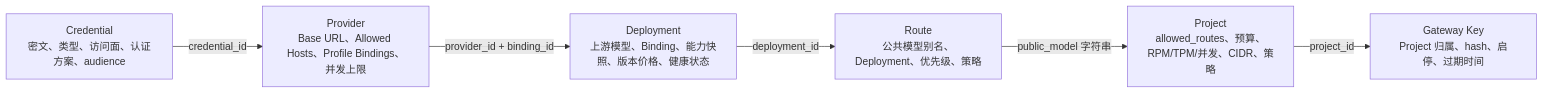
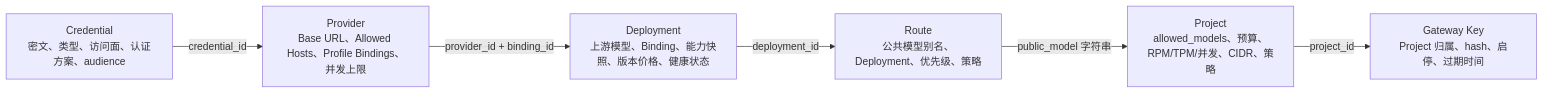
Before and after one commit to akz142857/Halro: the first of 4 diagrams in docs/architecture/provider-to-project-api-call-chain.zh-CN.md, drawn with Mermaid. The commit also changed other lines of this file and 40 other files, not shown here.

````diff
--- a/docs/architecture/provider-to-project-api-call-chain.zh-CN.md
+++ b/docs/architecture/provider-to-project-api-call-chain.zh-CN.md
@@ -33,15 +33,15 @@
 ```mermaid
 flowchart LR
     A["Credential<br/>密文、类型、访问面、认证方案、audience"]
     B["Provider<br/>Base URL、Allowed Hosts、Profile Bindings、并发上限"]
     C["Deployment<br/>上游模型、Binding、能力快照、版本价格、健康状态"]
     D["Route<br/>公共模型别名、Deployment、优先级、策略"]
-    E["Project<br/>allowed_routes、预算、RPM/TPM/并发、CIDR、策略"]
+    E["Project<br/>allowed_models、预算、RPM/TPM/并发、CIDR、策略"]
     F["Gateway Key<br/>Project 归属、hash、启停、过期时间"]
 
     A -->|"credential_id"| B
     B -->|"provider_id + binding_id"| C
     C -->|"deployment_id"| D
     D -->|"public_model 字符串"| E
     E -->|"project_id"| F
 ```
````
